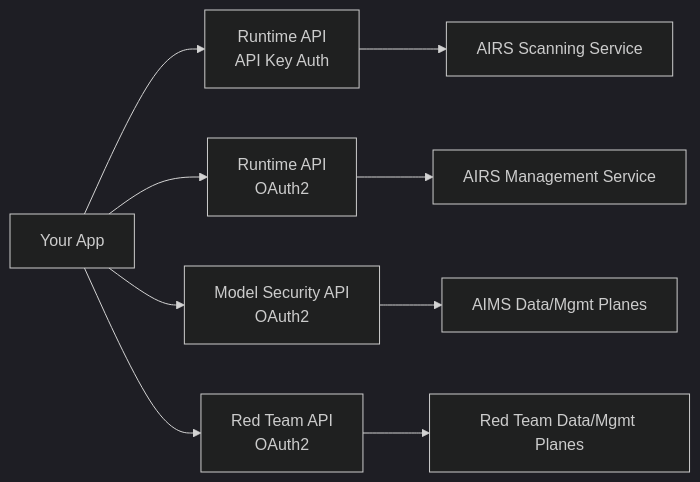
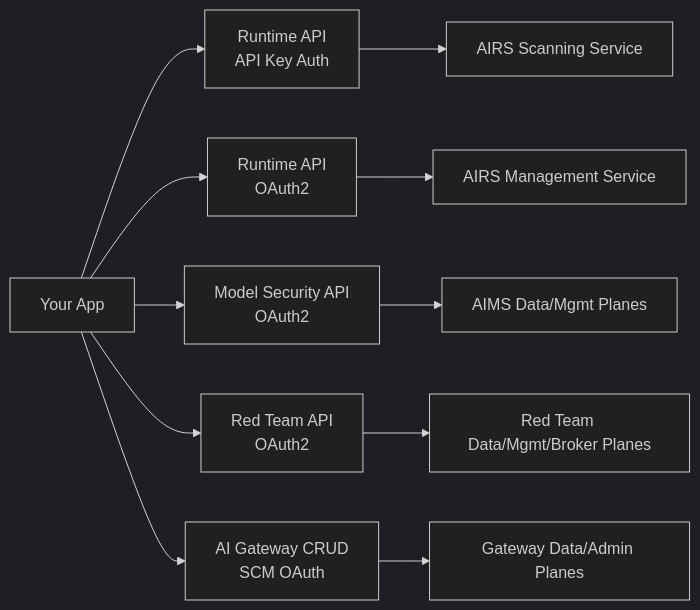
Before and after one commit to cdot65/prisma-airs-go: the diagram in docs/index.md, drawn with Mermaid (dark theme). The commit also changed other lines of this file and 20 other files, not shown here.

````diff
--- a/docs/index.md
+++ b/docs/index.md
@@ -24,11 +25,13 @@
 ```mermaid
 graph LR
     A[Your App] --> B[Runtime API<br/>API Key Auth]
     A --> C[Runtime API<br/>OAuth2]
     A --> D[Model Security API<br/>OAuth2]
     A --> E[Red Team API<br/>OAuth2]
     B --> F[AIRS Scanning Service]
     C --> G[AIRS Management Service]
     D --> H[AIMS Data/Mgmt Planes]
-    E --> I[Red Team Data/Mgmt Planes]
+    E --> I[Red Team Data/Mgmt/Broker Planes]
+    A --> J[AI Gateway CRUD<br/>SCM OAuth]
+    J --> K[Gateway Data/Admin Planes]
 ```
````
